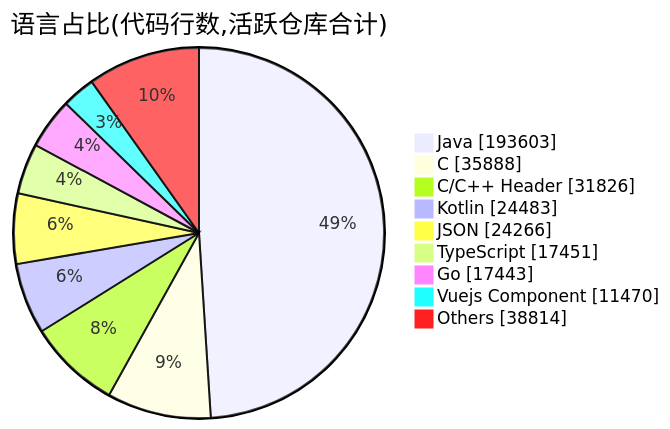
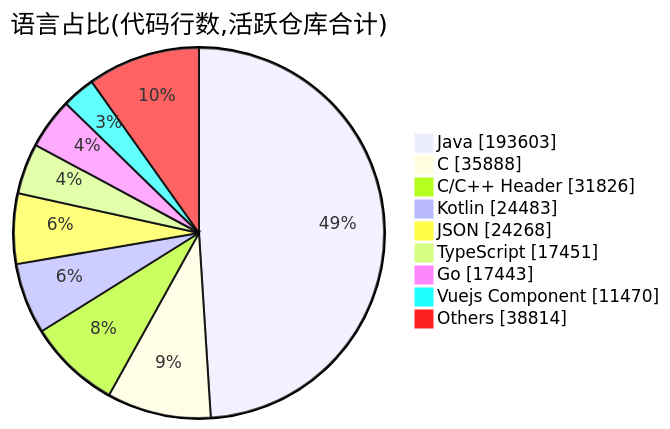
The second of 2 diagrams in profile/README.md (Conflux-Union/.github), drawn with Mermaid before and after one commit. The commit also changed other lines of this file and 1 other file, not shown here.

````diff
--- a/profile/README.md
+++ b/profile/README.md
@@ -82,13 +82,13 @@
 ```mermaid
 pie showData
     title 语言占比(代码行数,活跃仓库合计)
     "Java" : 193603
     "C" : 35888
     "C/C++ Header" : 31826
     "Kotlin" : 24483
-    "JSON" : 24266
+    "JSON" : 24268
     "TypeScript" : 17451
     "Go" : 17443
     "Vuejs Component" : 11470
     "Others" : 38814
 ```
````
